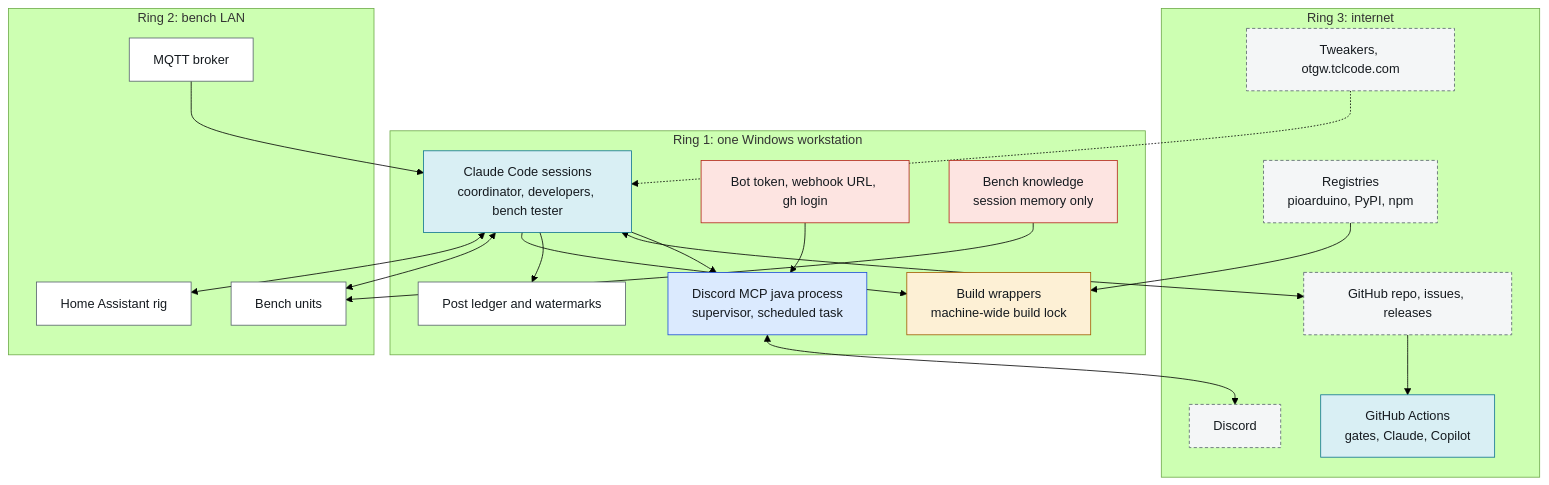
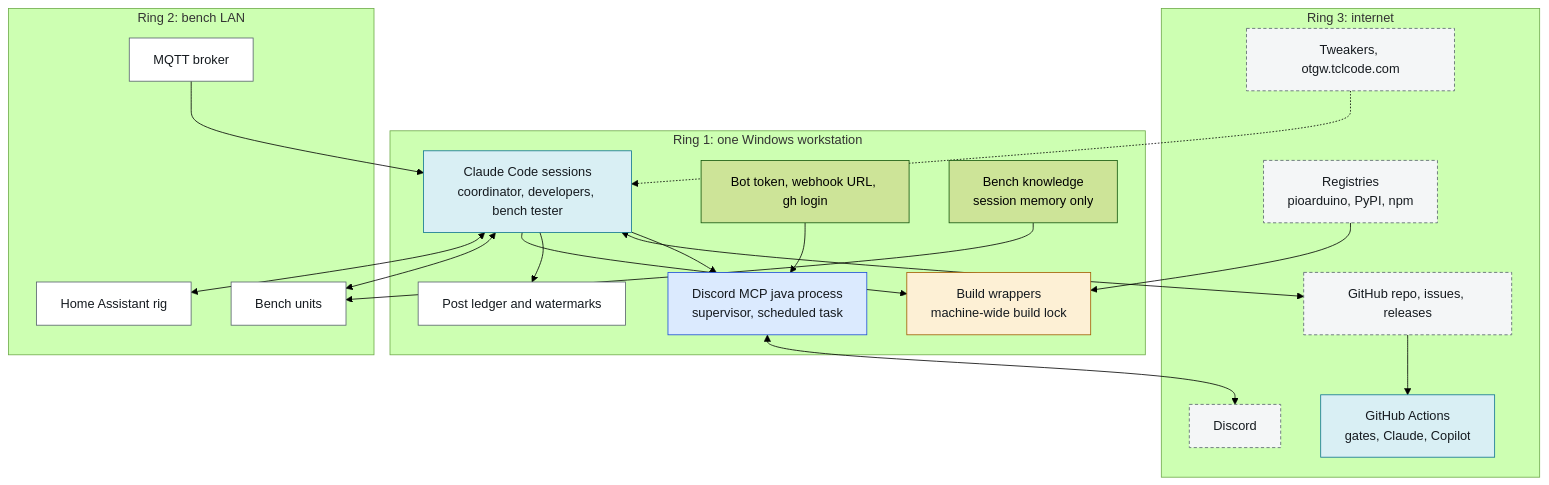
Before and after one commit to rvdbreemen/OTGW-firmware: diagram 47 of 50 in docs/process/agentic-setup.md, drawn with Mermaid (forest theme). The commit also changed other lines of this file, not shown here.

````diff
--- a/docs/process/agentic-setup.md
+++ b/docs/process/agentic-setup.md
@@ -3201,46 +3222,46 @@
 ```mermaid
 flowchart TB
   classDef human fill:#fde7d9,stroke:#c2410c,color:#151a1f
   classDef agent fill:#d9eff4,stroke:#0e7490,color:#151a1f
   classDef bot fill:#dbeafe,stroke:#1d4ed8,color:#151a1f
   classDef gate fill:#fdf0d5,stroke:#a15c00,color:#151a1f
   classDef store fill:#ffffff,stroke:#56616c,color:#151a1f
   classDef ext fill:#f4f6f7,stroke:#56616c,color:#151a1f,stroke-dasharray:4 3
   classDef stop fill:#fde4e1,stroke:#b42318,color:#151a1f
   classDef ship fill:#e3f1e4,stroke:#2f7d32,color:#151a1f
 
   subgraph R1["Ring 1: one Windows workstation"]
     S["Claude Code sessions<br/>coordinator, developers, bench tester"]:::agent
     J["Discord MCP java process<br/>supervisor, scheduled task"]:::bot
-    T["Bot token, webhook URL, gh login"]:::stop
+    T["Bot token, webhook URL, gh login"]:::risk
     L["Post ledger and watermarks"]:::store
     B["Build wrappers<br/>machine-wide build lock"]:::gate
-    M["Bench knowledge<br/>session memory only"]:::stop
+    M["Bench knowledge<br/>session memory only"]:::risk
   end
   subgraph R2["Ring 2: bench LAN"]
     U["Bench units"]:::store
     Q["MQTT broker"]:::store
     H["Home Assistant rig"]:::store
   end
   subgraph R3["Ring 3: internet"]
     D["Discord"]:::ext
     G["GitHub repo, issues, releases"]:::ext
     CI["GitHub Actions<br/>gates, Claude, Copilot"]:::agent
     X["Tweakers, otgw.tclcode.com"]:::ext
     R["Registries<br/>pioarduino, PyPI, npm"]:::ext
   end
 
   S --> J
   T --> J
   J <--> D
   S <--> G
   S --> L
   S --> B
   R --> B
   M --> U
   S <--> U
   Q --> S
   S <--> H
   X -.-> S
   G --> CI
 ```
````
